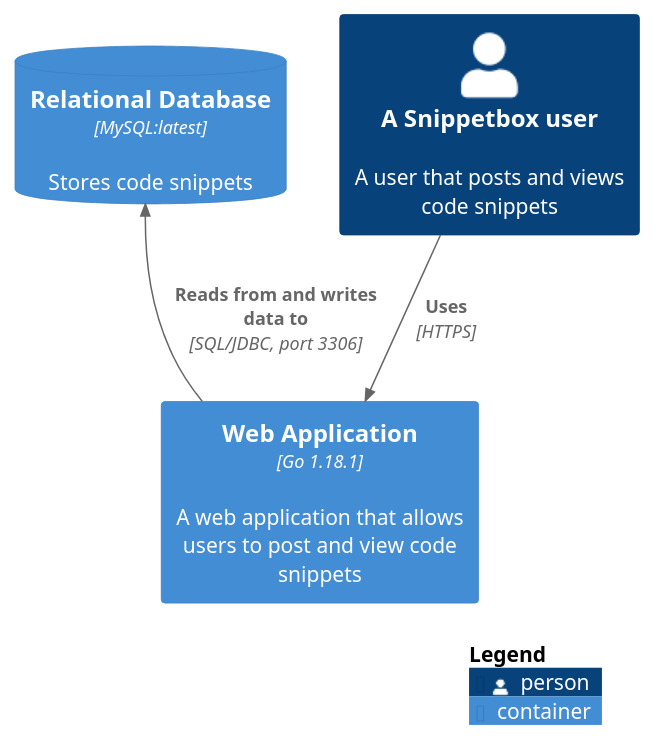
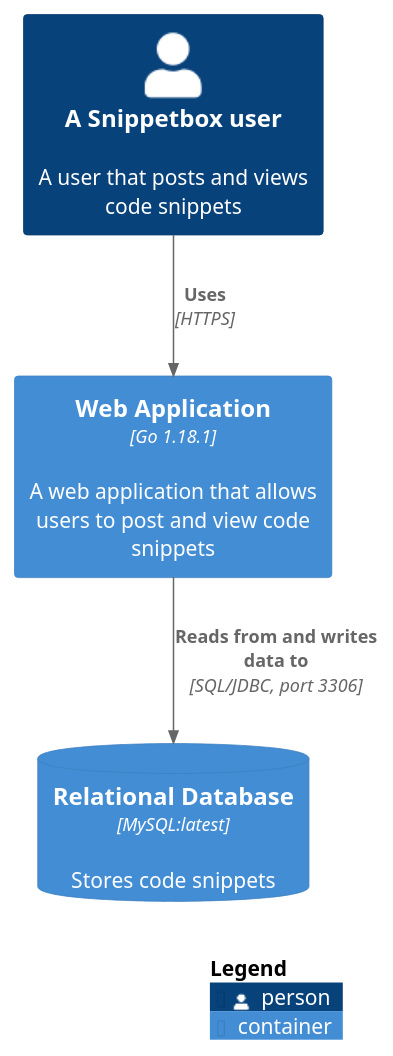
One commit to NilRyan/snippetbox changed the diagram in c4/C4_Container.puml. Above: the diagram before and after it, drawn with PlantUML. The commit also changed 2 other files, not shown here.

Commit message:
docs(c4): update c4 container diagram

```diff
--- a/c4/C4_Container.puml
+++ b/c4/C4_Container.puml
@@ -1,15 +1,15 @@
 @startuml C4_Container
 !include https://raw.githubusercontent.com/plantuml-stdlib/C4-PlantUML/master/C4_Container.puml
 
 LAYOUT_TOP_DOWN()
 
 
 Person(user, "A Snippetbox user", "A user that posts and views code snippets")
 
 Container(webApp, "Web Application", "Go 1.18.1", "A web application that allows users to post and view code snippets")
 ContainerDb(rel_db, "Relational Database", "MySQL:latest", "Stores code snippets")
 Rel(user, webApp, "Uses", "HTTPS")
-Rel_U(webApp, rel_db, "Reads from and writes data to", "SQL/JDBC, port 3306")
+Rel(webApp, rel_db, "Reads from and writes data to", "SQL/JDBC, port 3306")
 
 SHOW_LEGEND()
 @enduml
```
